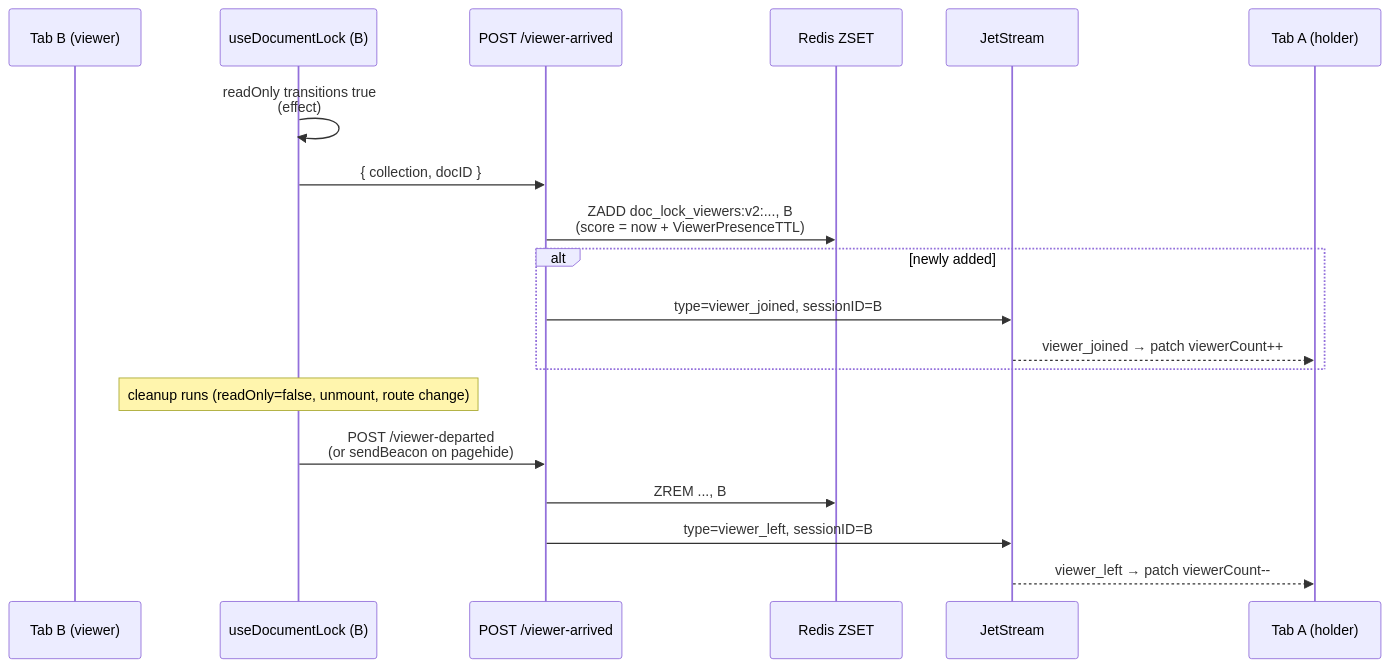
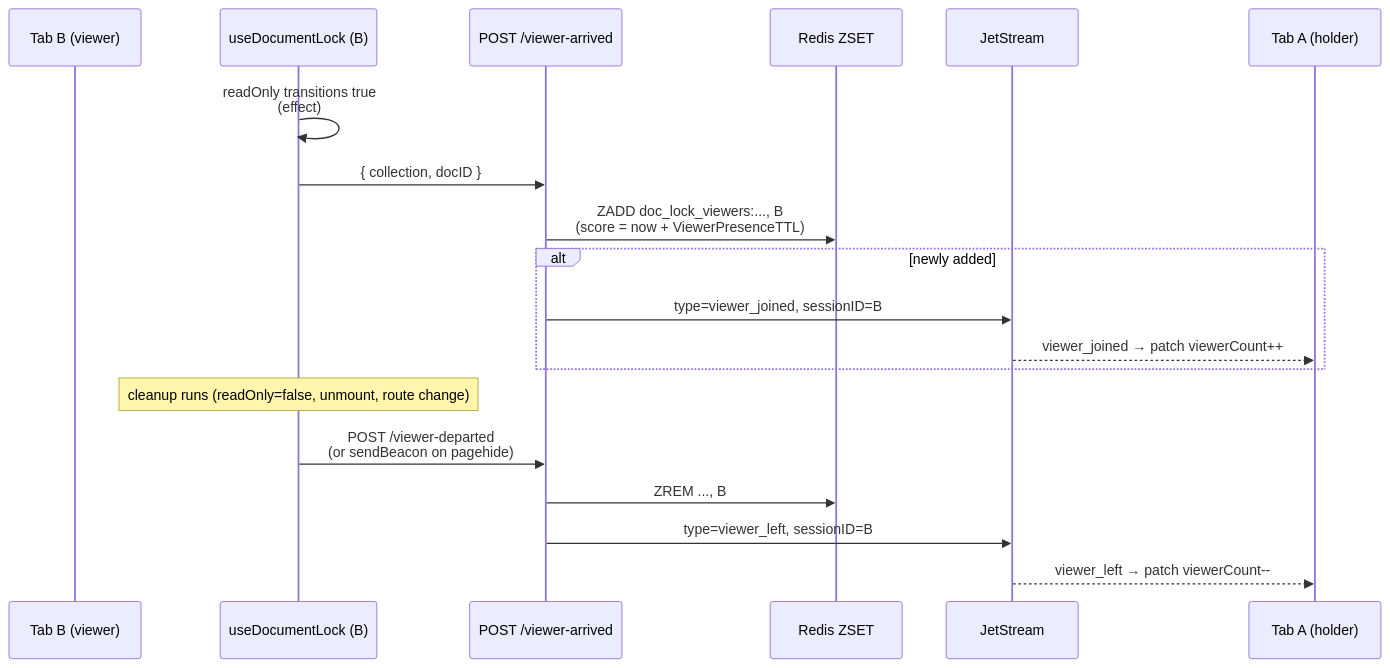
One commit to darcy561/eve-industry-planner changed the fifth of 5 diagrams in docs/document-lock/README.md. Above: the diagram before and after it, drawn with Mermaid. The commit also changed other lines of this file and 41 other files, not shown here.

First line of the commit message:
refactor(document-lock): enhance document lock handling and update API interactions

````diff
--- a/docs/document-lock/README.md
+++ b/docs/document-lock/README.md
@@ -226,23 +299,23 @@
 ```mermaid
 sequenceDiagram
   participant B as Tab B (viewer)
   participant Hook as useDocumentLock (B)
   participant API as POST /viewer-arrived
   participant R as Redis ZSET
   participant JS as JetStream
   participant A as Tab A (holder)
 
   Hook->>Hook: readOnly transitions true<br/>(effect)
   Hook->>API: { collection, docID }
-  API->>R: ZADD doc_lock_viewers:v2:..., B<br/>(score = now + ViewerPresenceTTL)
+  API->>R: ZADD doc_lock_viewers:..., B<br/>(score = now + ViewerPresenceTTL)
   alt newly added
     API->>JS: type=viewer_joined, sessionID=B
     JS-->>A: viewer_joined → patch viewerCount++
   end
 
   Note over Hook: cleanup runs (readOnly=false, unmount, route change)
   Hook->>API: POST /viewer-departed<br/>(or sendBeacon on pagehide)
   API->>R: ZREM ..., B
   API->>JS: type=viewer_left, sessionID=B
   JS-->>A: viewer_left → patch viewerCount--
 ```
````
